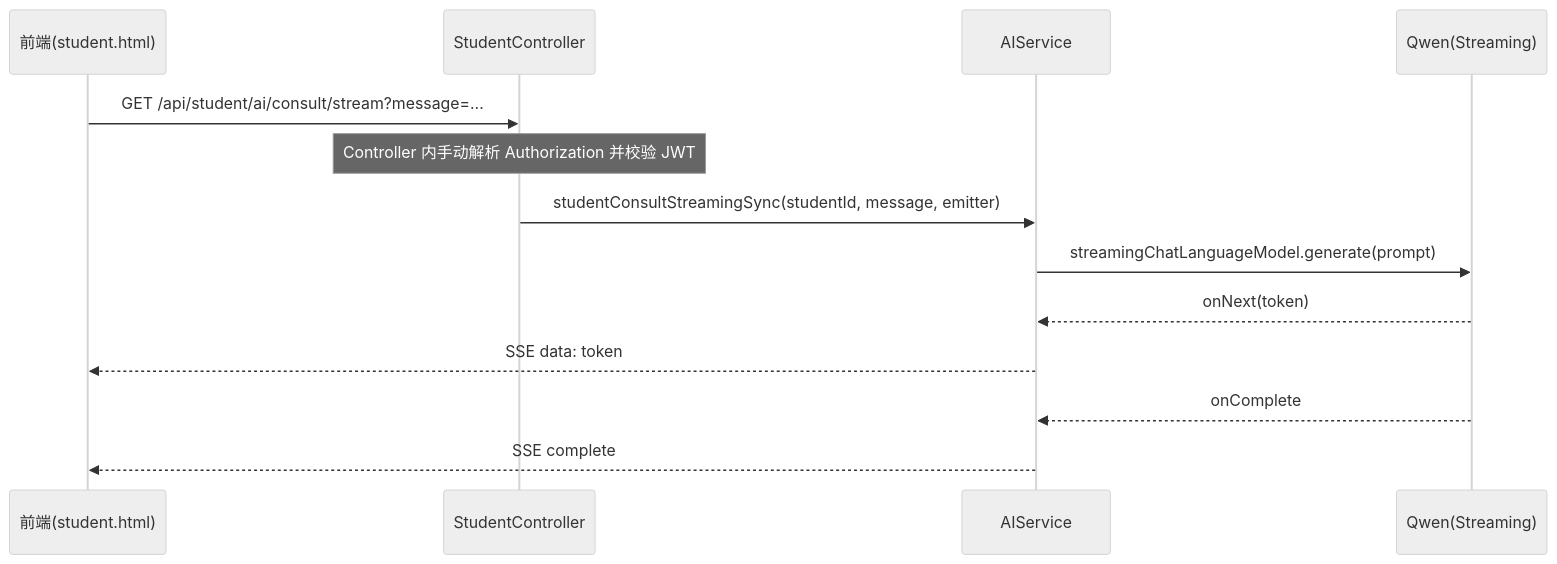
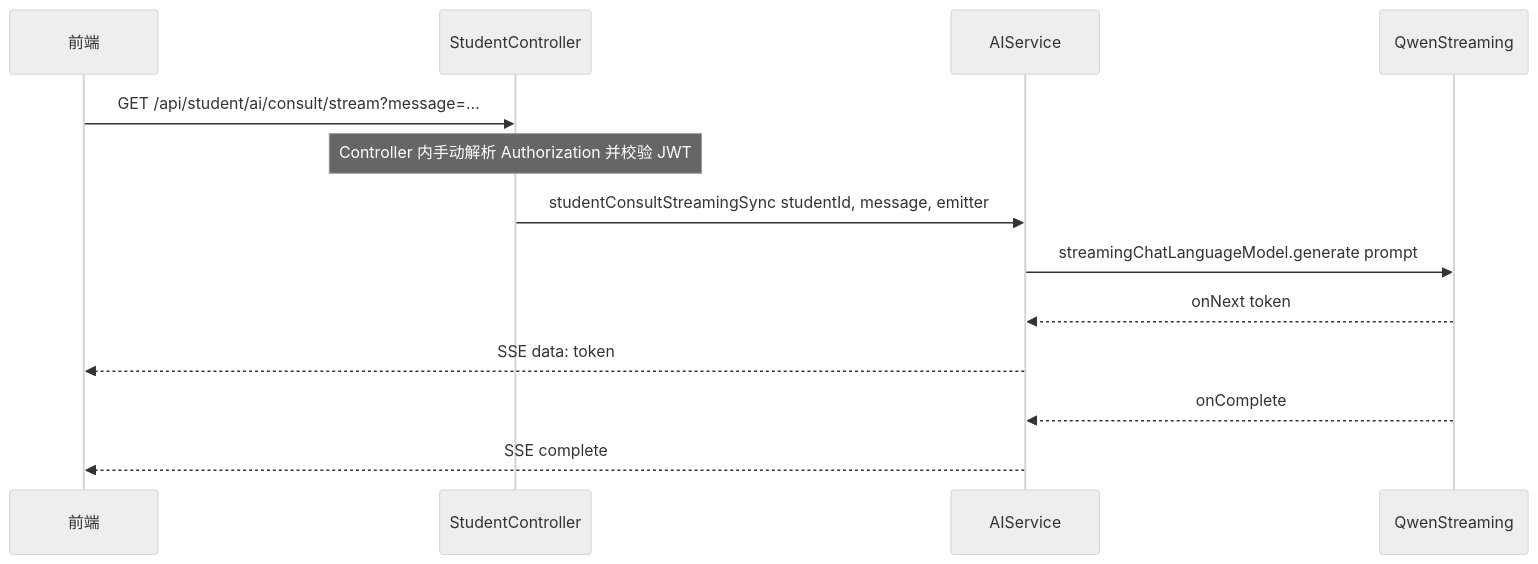
The third of 3 diagrams in Exp04/实验报告.md (NissonCX/Java-Course-Exp), drawn with Mermaid (neutral theme) before and after one commit. The commit also changed other lines of this file, not shown here.

First line of the commit message:
docs(report): 更新实验报告中的流程图描述

````diff
--- a/Exp04/实验报告.md
+++ b/Exp04/实验报告.md
@@ -248,16 +248,16 @@
 ```mermaid
 sequenceDiagram
-participant FE as 前端(student.html)
-participant API as StudentController
+participant FE as 前端
+participant API as StudentController 
 participant AI as AIService
-participant LLM as Qwen(Streaming)
+participant LLM as QwenStreaming
 
 FE->>API: GET /api/student/ai/consult/stream?message=...
 Note over API: Controller 内手动解析 Authorization 并校验 JWT
-API->>AI: studentConsultStreamingSync(studentId, message, emitter)
-AI->>LLM: streamingChatLanguageModel.generate(prompt)
-LLM-->>AI: onNext(token)
+API->>AI: studentConsultStreamingSync studentId, message, emitter 
+AI->>LLM: streamingChatLanguageModel.generate prompt 
+LLM-->>AI: onNext token 
 AI-->>FE: SSE data: token
 LLM-->>AI: onComplete
 AI-->>FE: SSE complete
 ```
````
